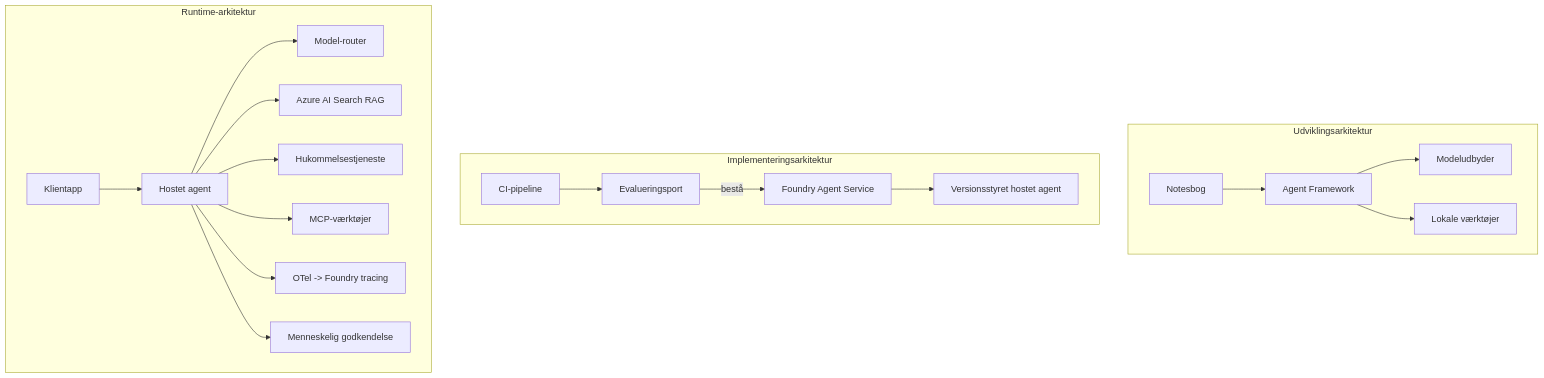
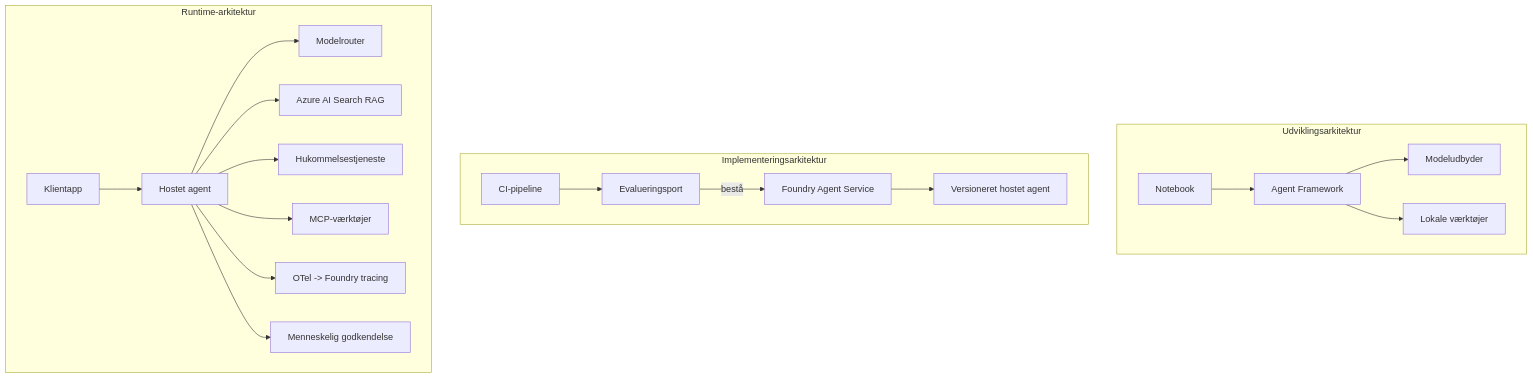
The fourth of 4 diagrams in translations/da/16-deploying-scalable-agents/README.md (microsoft/ai-agents-for-beginners), drawn with Mermaid before and after one commit. The commit also changed other lines of this file and 47 other files, not shown here.

````diff
--- a/translations/da/16-deploying-scalable-agents/README.md
+++ b/translations/da/16-deploying-scalable-agents/README.md
@@ -185,22 +185,22 @@
 ```mermaid
 flowchart TB
     subgraph Dev[Udviklingsarkitektur]
-        D1[Notesbog] --> D2[Agent Framework]
+        D1[Notebook] --> D2[Agent Framework]
         D2 --> D3[Modeludbyder]
         D2 --> D4[Lokale værktøjer]
     end
     subgraph Deploy[Implementeringsarkitektur]
         E1[CI-pipeline] --> E2[Evalueringsport]
         E2 -->|bestå| E3[Foundry Agent Service]
-        E3 --> E4[Versionsstyret hostet agent]
+        E3 --> E4[Versioneret hostet agent]
     end
     subgraph Run[Runtime-arkitektur]
         F1[Klientapp] --> F2[Hostet agent]
-        F2 --> F3[Model-router]
+        F2 --> F3[Modelrouter]
         F2 --> F4[Azure AI Search RAG]
         F2 --> F5[Hukommelsestjeneste]
         F2 --> F6[MCP-værktøjer]
         F2 --> F7[OTel -> Foundry tracing]
         F2 --> F8[Menneskelig godkendelse]
     end
 ```
````
